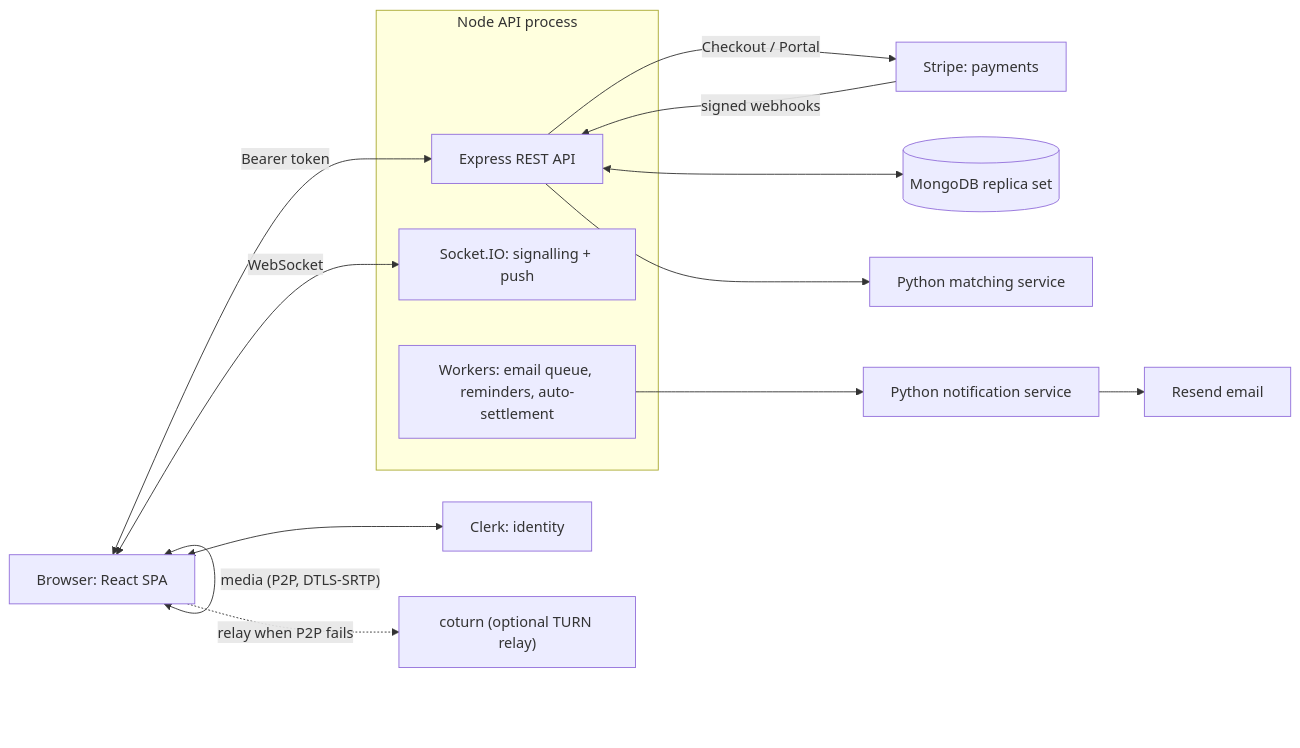
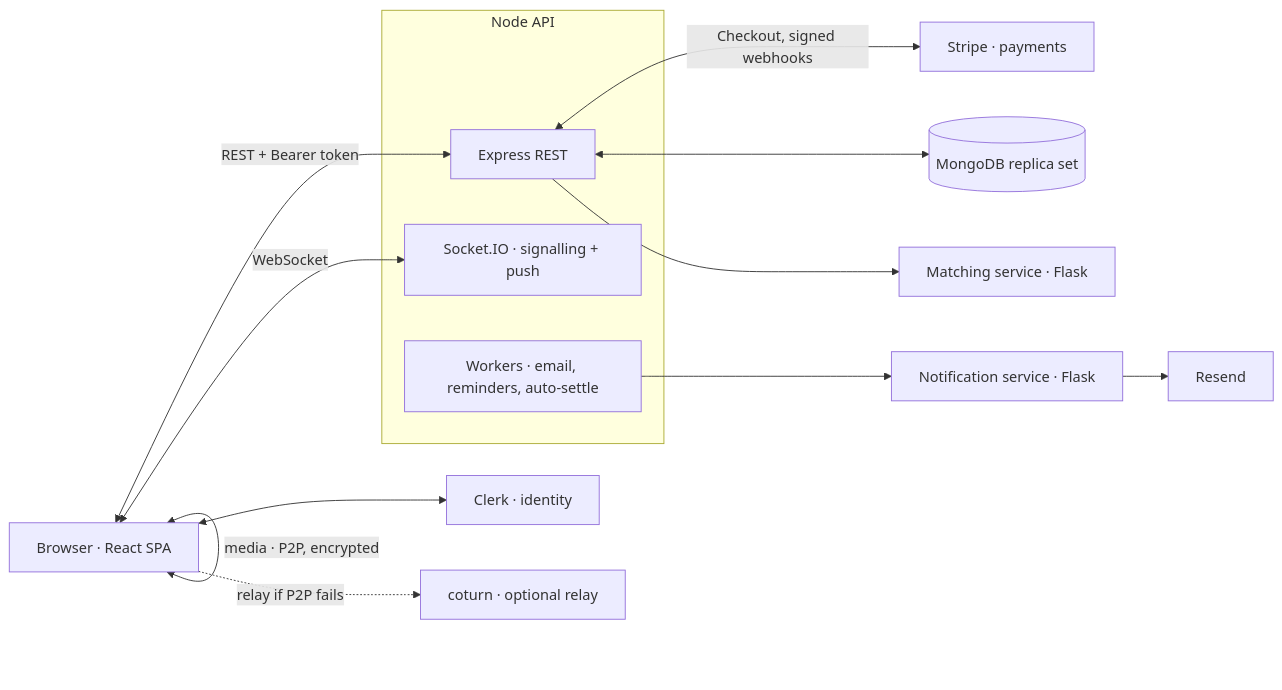
The first of 2 diagrams in README.md (eeemrann/skillswap), drawn with Mermaid before and after one commit. The commit also changed other lines of this file and 12 other files, not shown here.

````diff
--- a/README.md
+++ b/README.md
@@ -36,27 +98,26 @@
 ```mermaid
 flowchart LR
-    browser["Browser: React SPA"]
-    clerk["Clerk: identity"]
-    stripe["Stripe: payments"]
-    subgraph node["Node API process"]
-        api["Express REST API"]
-        sockets["Socket.IO: signalling + push"]
-        workers["Workers: email queue, reminders, auto-settlement"]
+    browser["Browser · React SPA"]
+    clerk["Clerk · identity"]
+    stripe["Stripe · payments"]
+    subgraph node["Node API"]
+        api["Express REST"]
+        sockets["Socket.IO · signalling + push"]
+        workers["Workers · email, reminders, auto-settle"]
     end
     mongo[("MongoDB replica set")]
-    matcher["Python matching service"]
-    notifier["Python notification service"]
-    resend["Resend email"]
-    turn["coturn (optional TURN relay)"]
+    matcher["Matching service · Flask"]
+    notifier["Notification service · Flask"]
+    resend["Resend"]
+    turn["coturn · optional relay"]
 
-    browser <-->|Bearer token| api
+    browser <-->|REST + Bearer token| api
     browser <-->|WebSocket| sockets
-    browser <-->|"media (P2P, DTLS-SRTP)"| browser
-    browser -.->|relay when P2P fails| turn
+    browser <-->|"media · P2P, encrypted"| browser
+    browser -.->|relay if P2P fails| turn
     browser <--> clerk
     api <--> mongo
     api --> matcher
     workers --> notifier --> resend
-    api -->|Checkout / Portal| stripe
-    stripe -->|signed webhooks| api
+    api <-->|Checkout, signed webhooks| stripe
 ```
````
